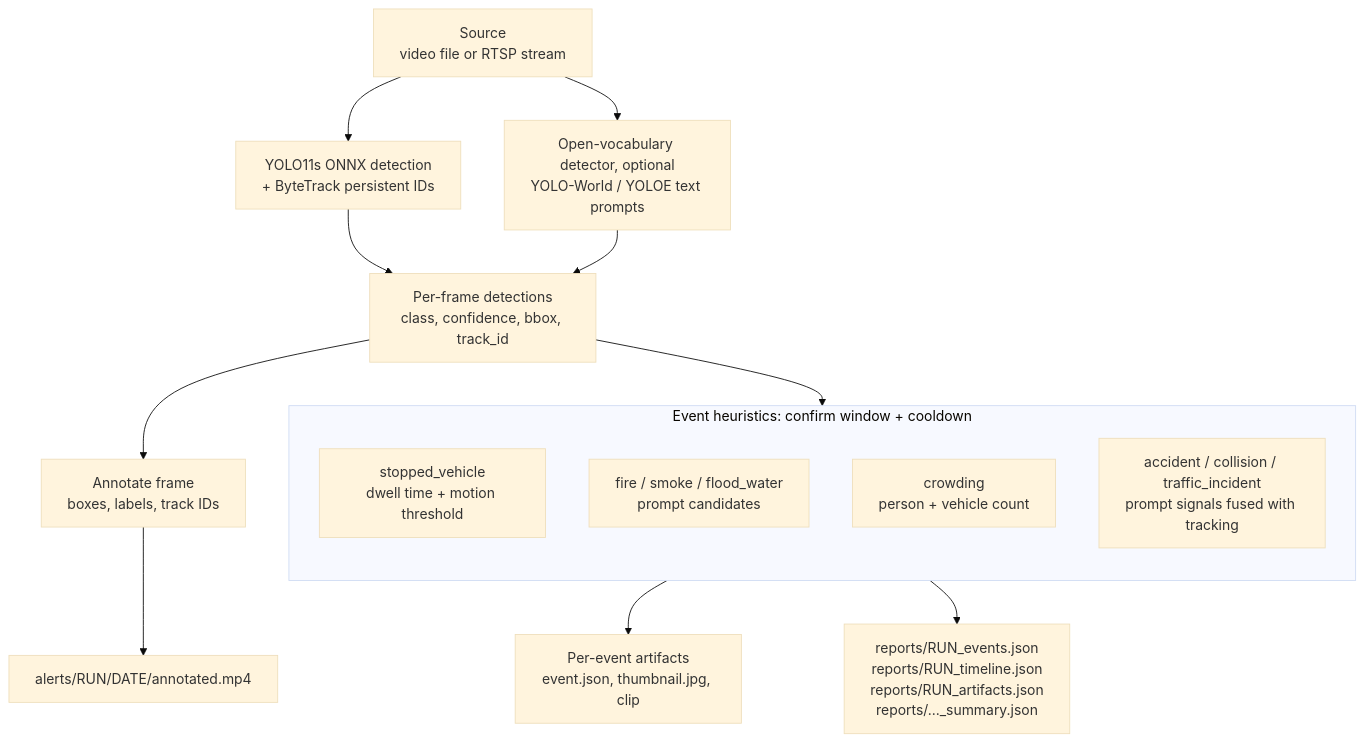
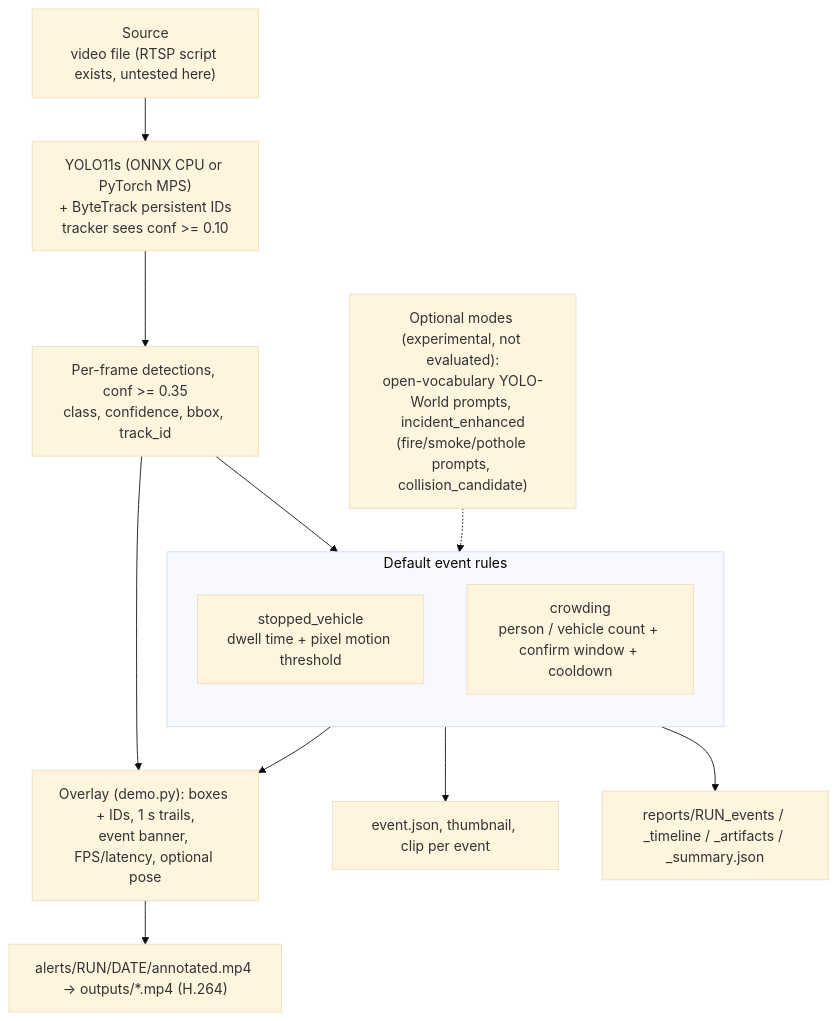
One commit to batyrq/city-incident-ai changed the diagram in README.md. Above: the diagram before and after it, drawn with Mermaid (base theme). The commit also changed other lines of this file and 24 other files, not shown here.

First line of the commit message:
Add demo.py/Makefile, overlay, GIFs, error analysis; restructure README

````diff
--- a/README.md
+++ b/README.md
@@ -9,25 +167,18 @@
 ```mermaid
 flowchart TD
-    SRC["Source<br/>video file or RTSP stream"]
-
-    SRC --> DET["YOLO11s ONNX detection<br/>+ ByteTrack persistent IDs"]
-    SRC --> OV["Open-vocabulary detector, optional<br/>YOLO-World / YOLOE text prompts"]
-
-    DET --> DETS["Per-frame detections<br/>class, confidence, bbox, track_id"]
-    OV --> DETS
-
-    DETS --> DRAW["Annotate frame<br/>boxes, labels, track IDs"]
+    SRC["Source<br/>video file (RTSP script exists, untested here)"]
+    SRC --> DET["YOLO11s (ONNX CPU or PyTorch MPS)<br/>+ ByteTrack persistent IDs<br/>tracker sees conf >= 0.10"]
+    DET --> DETS["Per-frame detections, conf >= 0.35<br/>class, confidence, bbox, track_id"]
     DETS --> RULES
-
-    subgraph RULES["Event heuristics: confirm window + cooldown"]
+    subgraph RULES["Default event rules"]
         direction TB
-        R1["stopped_vehicle<br/>dwell time + motion threshold"]
-        R2["fire / smoke / flood_water<br/>prompt candidates"]
-        R3["crowding<br/>person + vehicle count"]
-        R4["accident / collision / traffic_incident<br/>prompt signals fused with tracking"]
+        R1["stopped_vehicle<br/>dwell time + pixel motion threshold"]
+        R3["crowding<br/>person / vehicle count + confirm window + cooldown"]
     end
-
-    DRAW --> VID["alerts/RUN/DATE/annotated.mp4"]
-    RULES --> EVT["Per-event artifacts<br/>event.json, thumbnail.jpg, clip"]
-    RULES --> JSON["reports/RUN_events.json<br/>reports/RUN_timeline.json<br/>reports/RUN_artifacts.json<br/>reports/..._summary.json"]
+    DETS --> DRAW["Overlay (demo.py): boxes + IDs, 1 s trails,<br/>event banner, FPS/latency, optional pose"]
+    RULES --> DRAW
+    DRAW --> VID["alerts/RUN/DATE/annotated.mp4 -> outputs/*.mp4 (H.264)"]
+    RULES --> EVT["event.json, thumbnail, clip per event"]
+    RULES --> JSON["reports/RUN_events / _timeline / _artifacts / _summary.json"]
+    OV["Optional modes (experimental, not evaluated):<br/>open-vocabulary YOLO-World prompts, incident_enhanced<br/>(fire/smoke/pothole prompts, collision_candidate)"] -.-> RULES
 ```
````
